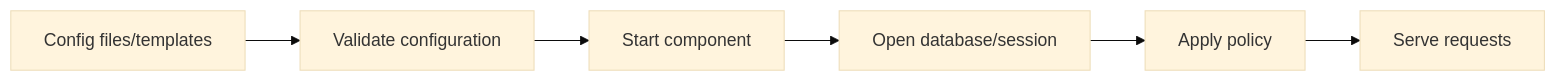
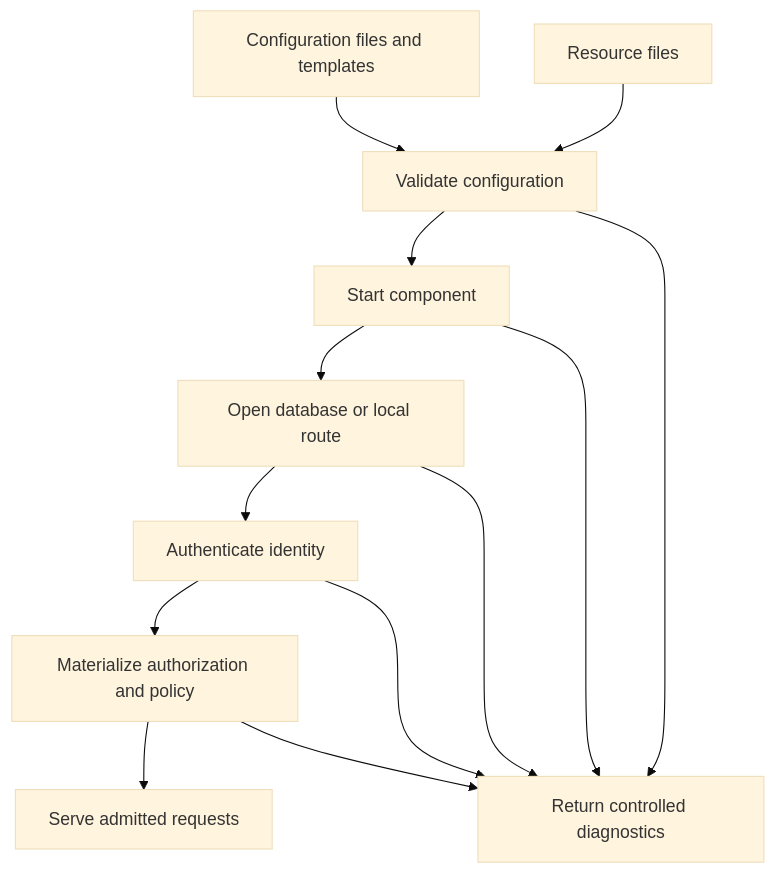
The diagram in docs/documentation/draft/Getting_Started/administration/configuration_basics.md (scratchbird-software-inc/ScratchBird), drawn with Mermaid (base theme) before and after one commit. The commit also changed other lines of this file and 23 other files, not shown here.

````diff
--- a/docs/documentation/draft/Getting_Started/administration/configuration_basics.md
+++ b/docs/documentation/draft/Getting_Started/administration/configuration_basics.md
@@ -21,8 +44,25 @@
 ```mermaid
-flowchart LR
-    Files[Config files/templates] --> Validate[Validate configuration]
-    Validate --> Start[Start component]
-    Start --> Open[Open database/session]
-    Open --> Policy[Apply policy]
-    Policy --> Run[Serve requests]
+flowchart TD
+    Files[Configuration files and templates]
+    Resources[Resource files]
+    Validate[Validate configuration]
+    Start[Start component]
+    Open[Open database or local route]
+    Auth[Authenticate identity]
+    Policy[Materialize authorization and policy]
+    Serve[Serve admitted requests]
+    Refuse[Return controlled diagnostics]
+
+    Files --> Validate
+    Resources --> Validate
+    Validate --> Start
+    Start --> Open
+    Open --> Auth
+    Auth --> Policy
+    Policy --> Serve
+    Validate --> Refuse
+    Start --> Refuse
+    Open --> Refuse
+    Auth --> Refuse
+    Policy --> Refuse
 ```
````
